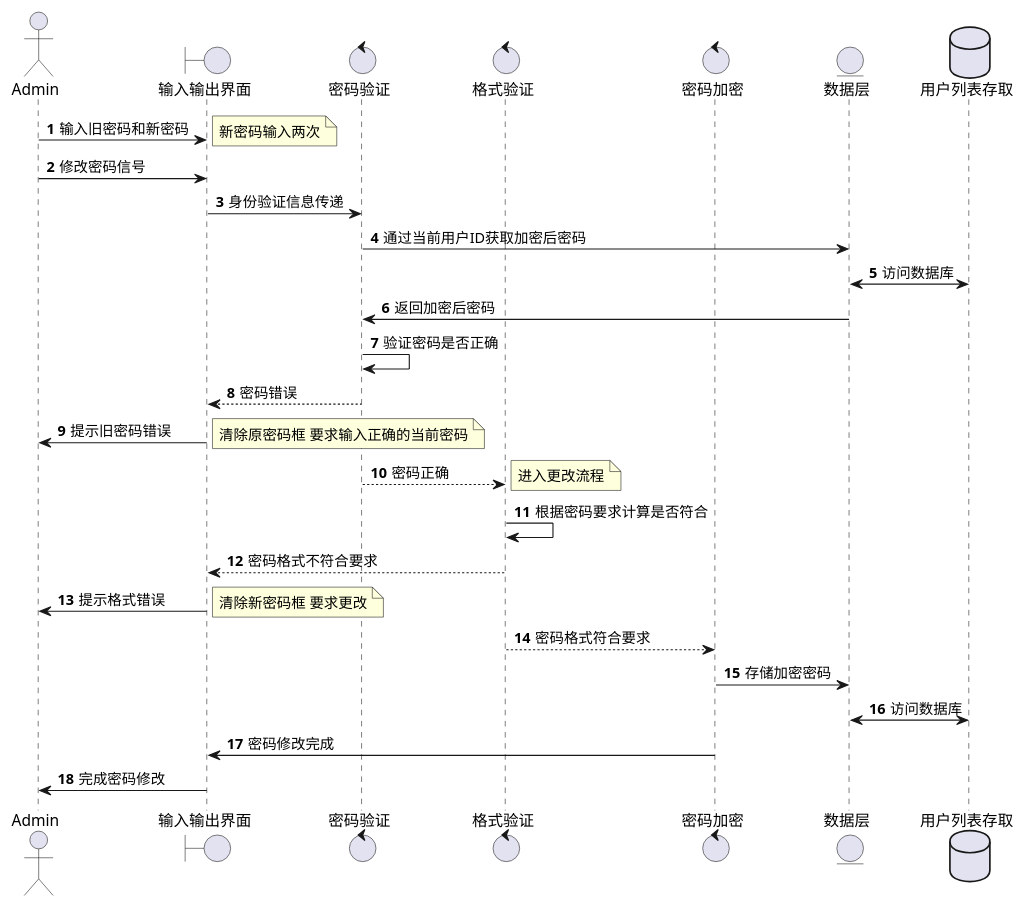
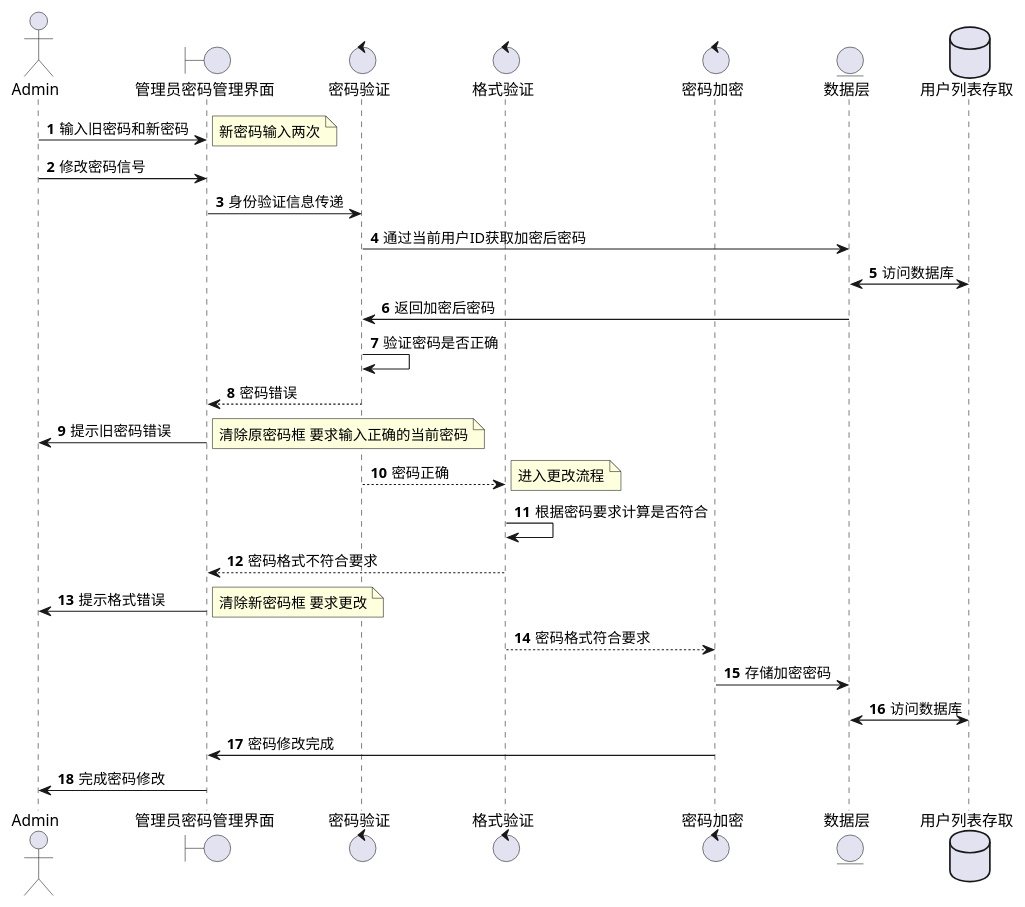
The diagram in requirementsAnalysis/顺序图/管理员功能顺序图/密码管理顺序图/修改密码.puml (DaTouJun/ISETrain2023_BackEnd), drawn with PlantUML before and after one commit. The commit also changed 23 other files, not shown here.

Commit message:
完成了客户操作的顺序图

```diff
--- a/requirementsAnalysis/顺序图/管理员功能顺序图/密码管理顺序图/修改密码.puml
+++ b/requirementsAnalysis/顺序图/管理员功能顺序图/密码管理顺序图/修改密码.puml
@@ -1,39 +1,39 @@
 @startuml
 'https://plantuml.com/sequence-diagram
 
 autonumber
 
 actor Admin
-boundary 输入输出界面 as inout
+boundary 管理员密码管理界面 as inout
 control 密码验证 as validation
 control 格式验证 as formatValid
 control 密码加密 as secure
 entity 数据层 as dao
 database 用户列表存取 as db
 
 Admin -> inout : 输入旧密码和新密码
 note right : 新密码输入两次
 Admin -> inout : 修改密码信号
 inout -> validation : 身份验证信息传递
 validation -> dao : 通过当前用户ID获取加密后密码
 dao <-> db : 访问数据库
 dao -> validation : 返回加密后密码
 validation -> validation : 验证密码是否正确
 validation --> inout : 密码错误
 inout -> Admin : 提示旧密码错误
 note right : 清除原密码框 要求输入正确的当前密码
 
 validation --> formatValid : 密码正确
 note right : 进入更改流程
 formatValid -> formatValid : 根据密码要求计算是否符合
 formatValid --> inout : 密码格式不符合要求
 inout -> Admin : 提示格式错误
 note right : 清除新密码框 要求更改
 
 formatValid --> secure : 密码格式符合要求
 secure -> dao : 存储加密密码
 dao <-> db :访问数据库
 secure -> inout : 密码修改完成
 inout -> Admin : 完成密码修改
 
 @enduml
```
